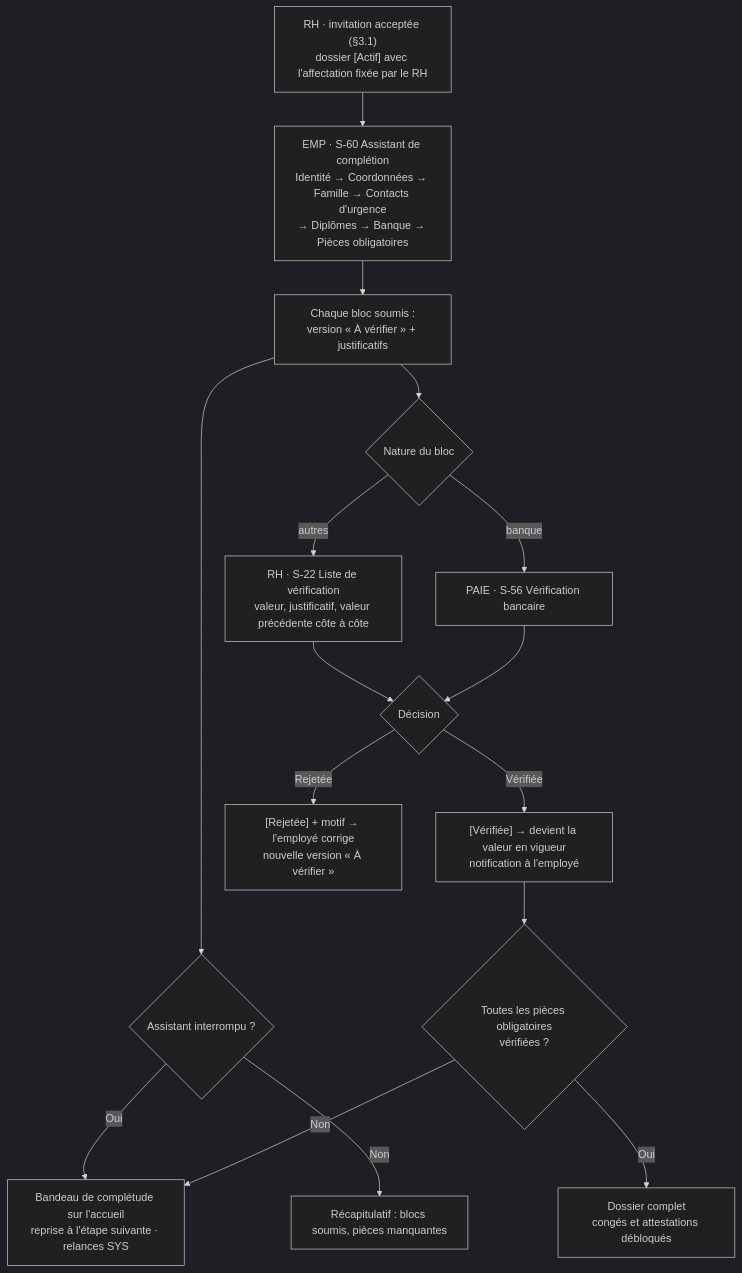
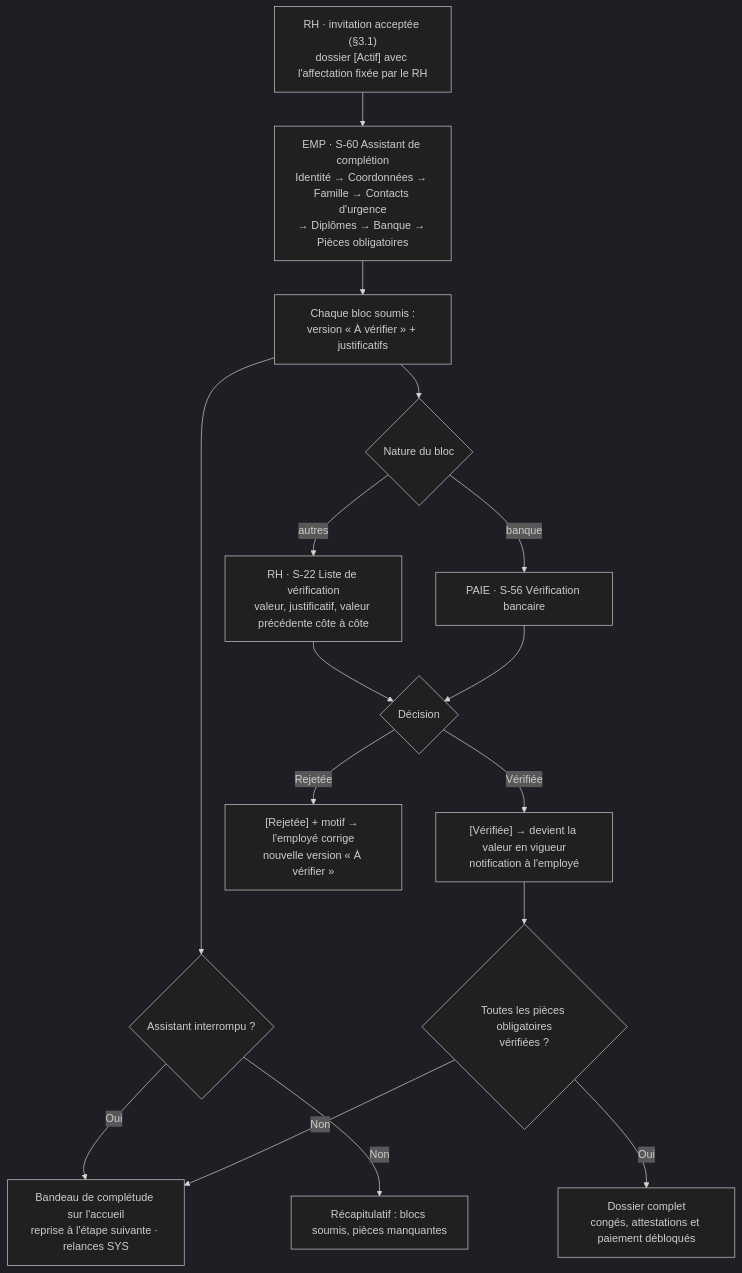
Before and after one commit to riyadaOne/fluxyrh-docs: the eighth of 21 diagrams in 01-specifications/APPFLOW.md, drawn with Mermaid (dark theme). The commit also changed other lines of this file and 17 other files, not shown here.

````diff
--- a/01-specifications/APPFLOW.md
+++ b/01-specifications/APPFLOW.md
@@ -304,18 +304,18 @@
 ```mermaid
 flowchart TD
     A["RH · invitation acceptée (§3.1)<br/>dossier [Actif] avec l'affectation fixée par le RH"] --> B["EMP · S-60 Assistant de complétion<br/>Identité → Coordonnées → Famille → Contacts d'urgence<br/>→ Diplômes → Banque → Pièces obligatoires"]
     B --> C[Chaque bloc soumis :<br/>version « À vérifier » + justificatifs]
     C --> D{Assistant interrompu ?}
     D -- Oui --> E[Bandeau de complétude sur l'accueil<br/>reprise à l'étape suivante · relances SYS]
     D -- Non --> F[Récapitulatif : blocs soumis, pièces manquantes]
     C --> G{Nature du bloc}
     G -- banque --> P["PAIE · S-56 Vérification bancaire"]
     G -- autres --> R["RH · S-22 Liste de vérification<br/>valeur, justificatif, valeur précédente côte à côte"]
     R --> V{Décision}
     P --> V
     V -- Vérifiée --> OK["[Vérifiée] → devient la valeur en vigueur<br/>notification à l'employé"]
     V -- Rejetée --> KO["[Rejetée] + motif → l'employé corrige<br/>nouvelle version « À vérifier »"]
     OK --> CP{Toutes les pièces obligatoires<br/>vérifiées ?}
-    CP -- Oui --> COMP["Dossier complet<br/>congés et attestations débloqués"]
+    CP -- Oui --> COMP["Dossier complet<br/>congés, attestations et paiement débloqués"]
     CP -- Non --> E
 ```
````
